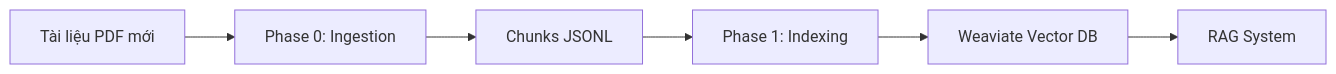
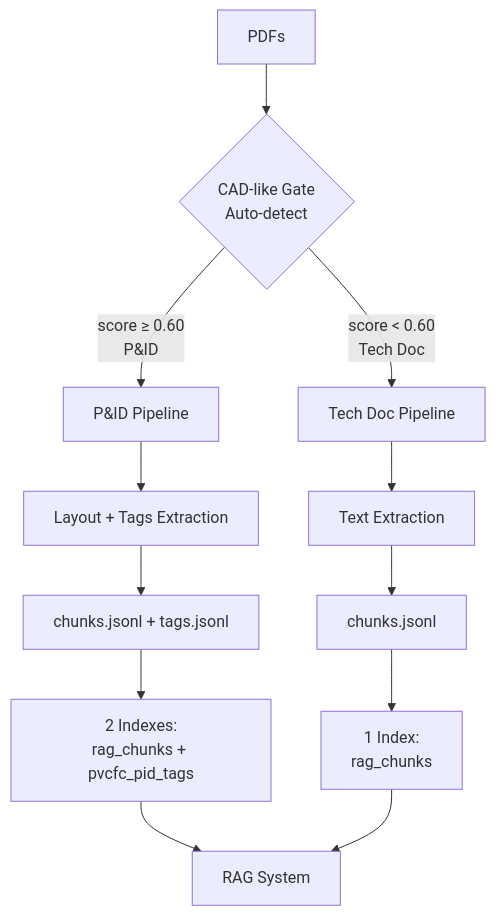
One commit to marcusmai1401/PVCFC_API_LLM changed the diagram in HUONG_DAN_INGESTION.md. Above: the diagram before and after it, drawn with Mermaid. The commit also changed other lines of this file and 151 other files, not shown here.

````diff
--- a/HUONG_DAN_INGESTION.md
+++ b/HUONG_DAN_INGESTION.md
@@ -27,8 +31,17 @@
 ```mermaid
-graph LR
-    A[Tài liệu PDF mới] --> B[Phase 0: Ingestion]
-    B --> C[Chunks JSONL]
-    C --> D[Phase 1: Indexing]
-    D --> E[Weaviate Vector DB]
-    E --> F[RAG System]
+graph TD
+    A[PDFs] --> B{CAD-like Gate<br/>Auto-detect}
+    B -->|score ≥ 0.60<br/>P&ID| C[P&ID Pipeline]
+    B -->|score < 0.60<br/>Tech Doc| D[Tech Doc Pipeline]
+
+    C --> C1[Layout + Tags Extraction]
+    C1 --> C2[chunks.jsonl + tags.jsonl]
+    C2 --> C3[2 Indexes:<br/>rag_chunks + pvcfc_pid_tags]
+
+    D --> D1[Text Extraction]
+    D1 --> D2[chunks.jsonl]
+    D2 --> D3[1 Index:<br/>rag_chunks]
+
+    C3 --> E[RAG System]
+    D3 --> E
 ```
````
